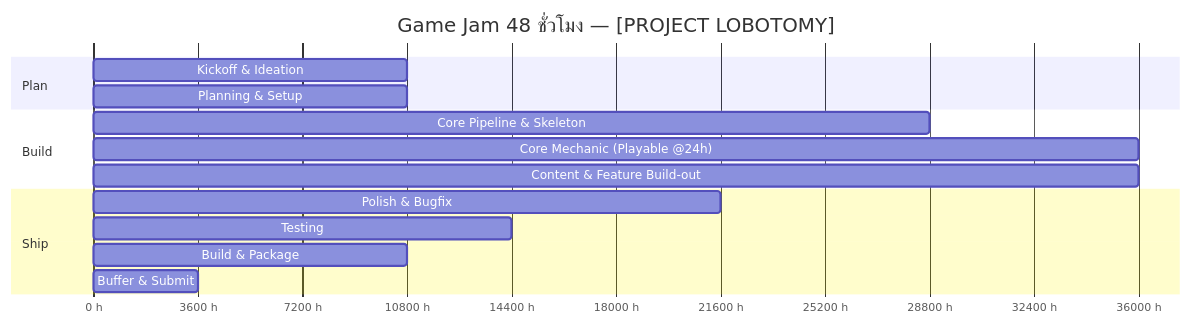
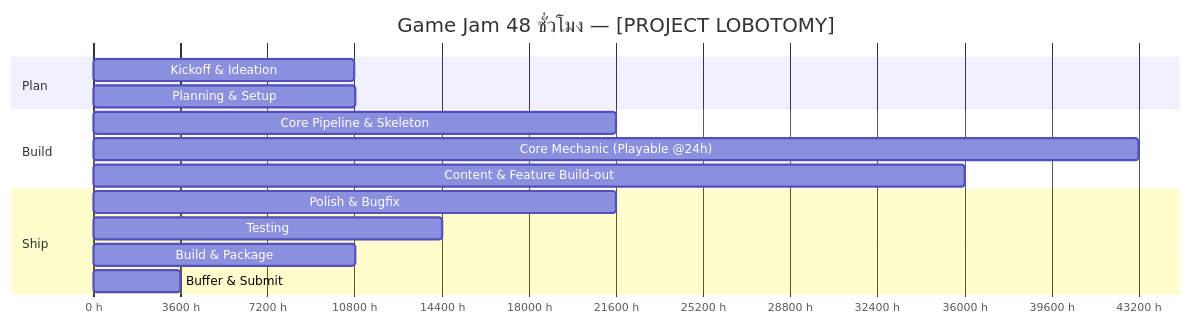
Before and after one commit to ArissamanSLM/Dg225-Team10_Project_Lobotomy: the diagram in docs/03_GameJam/00-timeline.md, drawn with Mermaid. The commit also changed other lines of this file, not shown here.

Commit message:
Update timeline with accurate event times and phase durations for Project Lobotomy

````diff
--- a/docs/03_GameJam/00-timeline.md
+++ b/docs/03_GameJam/00-timeline.md
@@ -30,18 +30,18 @@
 ```mermaid
 gantt
     title Game Jam 48 ชั่วโมง — [PROJECT LOBOTOMY]
     dateFormat  X
     axisFormat %s h
     section Plan
     Kickoff & Ideation        :0, 3h
     Planning & Setup          :3, 3h
     section Build
-    Core Pipeline & Skeleton  :6, 8h
-    Core Mechanic (Playable @24h) :14, 10h
+    Core Pipeline & Skeleton  :6, 6h
+    Core Mechanic (Playable @24h) :12, 12h
     Content & Feature Build-out :24, 10h
     section Ship
     Polish & Bugfix           :34, 6h
     Testing                   :40, 4h
     Build & Package           :44, 3h
     Buffer & Submit           :47, 1h
 ```
````
